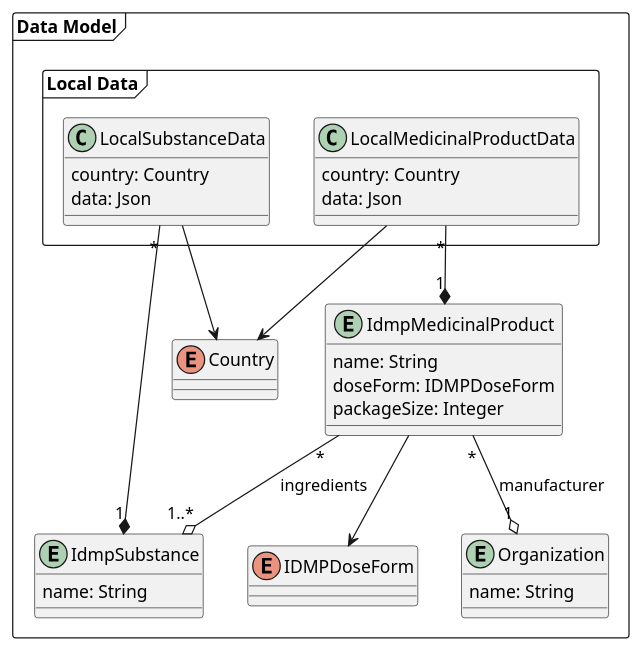
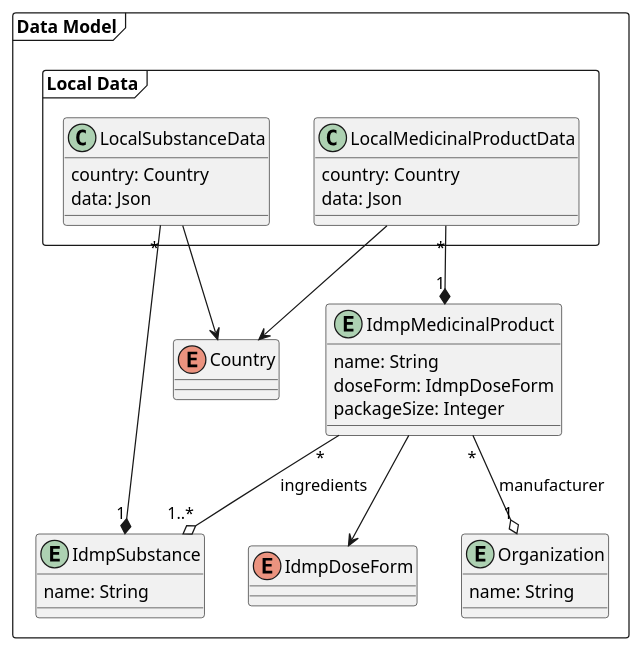
The diagram in uml/class/datamodel.puml (unicom-project-eu/wp6-db-api), drawn with PlantUML before and after one commit.

Commit message:
Use camel case

```diff
--- a/uml/class/datamodel.puml
+++ b/uml/class/datamodel.puml
@@ -1,45 +1,45 @@
 @startuml
 'skinparam linetype ortho
 
 package "Data Model" as datamodel <<frame>> {
-    enum IDMPDoseForm {}
+    enum IdmpDoseForm {}
     enum Country {}
 
     entity IdmpSubstance {
         name: String
     }
 
     entity IdmpMedicinalProduct {
         name: String
-        doseForm: IDMPDoseForm
+        doseForm: IdmpDoseForm
         packageSize: Integer
     }
 
     entity Organization {
         name: String
     }
 
     package "Local Data" as local <<frame>> {
         class LocalMedicinalProductData {
             country: Country
             data: Json
         }
 
         class LocalSubstanceData {
             country: Country
             data: Json
         }
 
         LocalMedicinalProductData --> Country
         LocalMedicinalProductData "*" --* "1" IdmpMedicinalProduct
 
         LocalSubstanceData --> Country
         LocalSubstanceData "*" --* "1" IdmpSubstance
     }
 
-    IdmpMedicinalProduct --> IDMPDoseForm
+    IdmpMedicinalProduct --> IdmpDoseForm
     IdmpMedicinalProduct "*" --o "1" Organization : manufacturer
     IdmpMedicinalProduct "*" --o "1..*" IdmpSubstance : ingredients
 }
 
 @enduml
```
